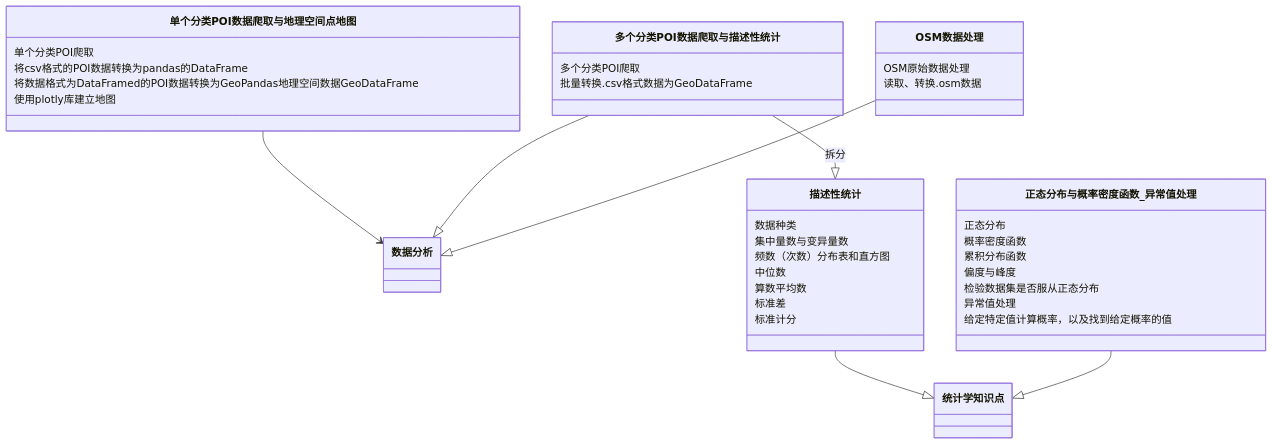
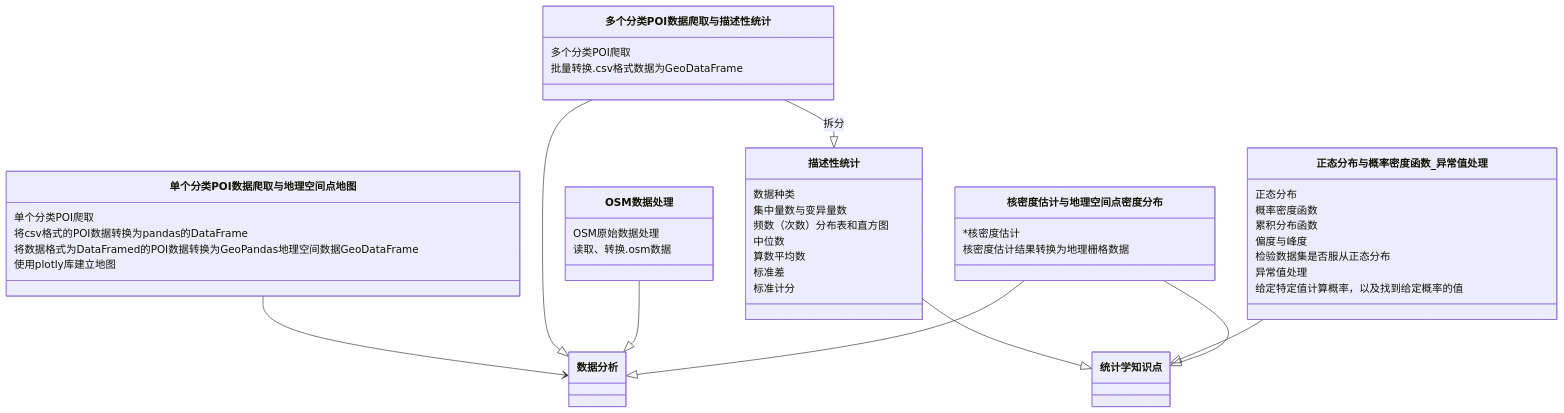
Before and after one commit to Weijun-H/Urban-Spatial-Data-Analysis_python: the first of 2 diagrams in docs/markdown/structure_chapters.md, drawn with Mermaid. The commit also changed 53 other files, not shown here.

````diff
--- a/docs/markdown/structure_chapters.md
+++ b/docs/markdown/structure_chapters.md
@@ -6,36 +6,45 @@
 ```mermaid
 classDiagram
+
 单个分类POI数据爬取与地理空间点地图 --> 数据分析 : 
 单个分类POI数据爬取与地理空间点地图 : 单个分类POI爬取
 单个分类POI数据爬取与地理空间点地图 : 将csv格式的POI数据转换为pandas的DataFrame
 单个分类POI数据爬取与地理空间点地图 : 将数据格式为DataFramed的POI数据转换为GeoPandas地理空间数据GeoDataFrame
 单个分类POI数据爬取与地理空间点地图 : 使用plotly库建立地图
 
 多个分类POI数据爬取与描述性统计 --|> 数据分析
 多个分类POI数据爬取与描述性统计 --|> 描述性统计 : 拆分
 多个分类POI数据爬取与描述性统计 : 多个分类POI爬取
 多个分类POI数据爬取与描述性统计 : 批量转换.csv格式数据为GeoDataFrame
 
 描述性统计 --|> 统计学知识点
 描述性统计 : 数据种类
 描述性统计 : 集中量数与变异量数
 描述性统计 : 频数（次数）分布表和直方图
 描述性统计 : 中位数
 描述性统计 : 算数平均数
 描述性统计 : 标准差
 描述性统计 : 标准计分
 
 正态分布与概率密度函数_异常值处理 --|> 统计学知识点
 正态分布与概率密度函数_异常值处理 : 正态分布
 正态分布与概率密度函数_异常值处理 : 概率密度函数
 正态分布与概率密度函数_异常值处理 : 累积分布函数
 正态分布与概率密度函数_异常值处理 : 偏度与峰度
 正态分布与概率密度函数_异常值处理 : 检验数据集是否服从正态分布
 正态分布与概率密度函数_异常值处理 : 异常值处理
 正态分布与概率密度函数_异常值处理 : 给定特定值计算概率，以及找到给定概率的值
 
 OSM数据处理 --|> 数据分析
 OSM数据处理 : OSM原始数据处理
 OSM数据处理 : 读取、转换.osm数据
 
+核密度估计与地理空间点密度分布 --|> 数据分析
+核密度估计与地理空间点密度分布 --|> 统计学知识点
+核密度估计与地理空间点密度分布 : *核密度估计
+核密度估计与地理空间点密度分布 : 核密度估计结果转换为地理栅格数据
+
+
+
+
 ```
````
